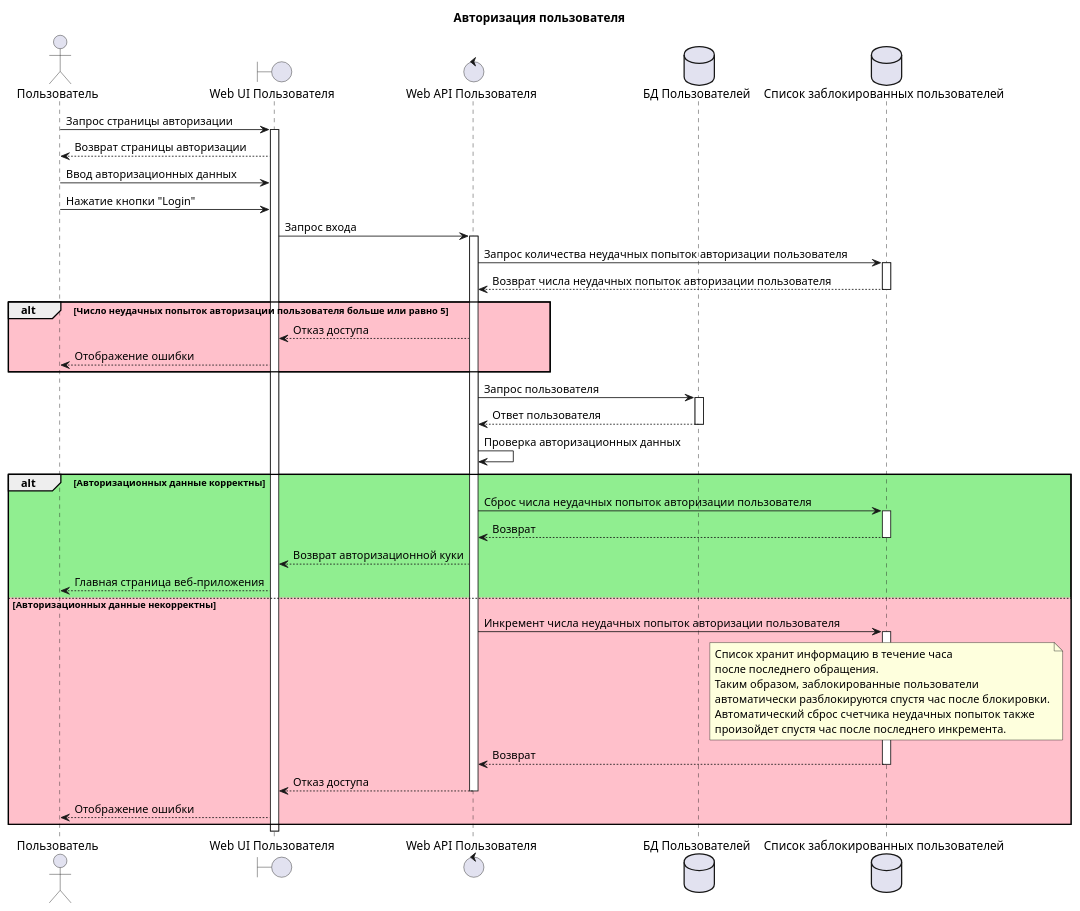
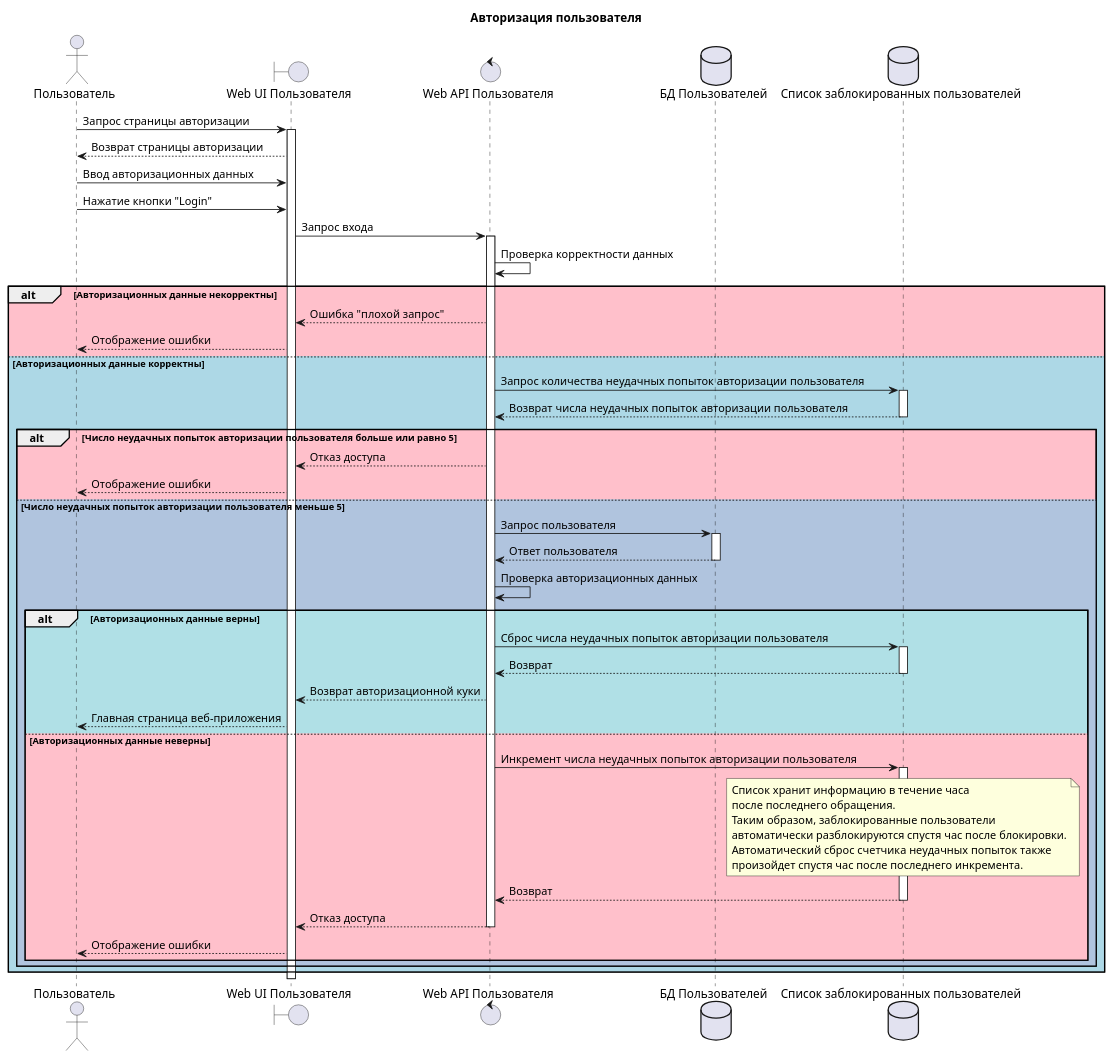
One commit to mrypdm/JobSystem changed the second of 5 diagrams in docs/diagrams/sequence/User.WebApp.puml. Above: the diagram before and after it, drawn with PlantUML. The commit also changed other lines of this file and 2 other files, not shown here.

```diff
--- a/docs/diagrams/sequence/User.WebApp.puml
+++ b/docs/diagrams/sequence/User.WebApp.puml
@@ -24,52 +35,66 @@
 @startuml User sign in
 
 title Авторизация пользователя
 
 actor Пользователь as USER
 boundary "Web UI Пользователя" as UI
 control "Web API Пользователя" as API
 database "БД Пользователей" as DB
 database "Список заблокированных пользователей" as BLOCKED
 
 USER -> UI++: Запрос страницы авторизации
 UI --> USER: Возврат страницы авторизации
 USER -> UI: Ввод авторизационных данных
 USER -> UI: Нажатие кнопки "Login"
 UI -> API++: Запрос входа
-API -> BLOCKED++: Запрос количества неудачных попыток авторизации пользователя
-BLOCKED --> API--: Возврат числа неудачных попыток авторизации пользователя
+API -> API: Проверка корректности данных
 
-alt #Pink Число неудачных попыток авторизации пользователя больше или равно 5
-    API --> UI: Отказ доступа
+alt #Pink Авторизационных данные некорректны
+
+    API --> UI: Ошибка "плохой запрос"
     UI --> USER: Отображение ошибки
-end
 
-API -> DB++: Запрос пользователя
-DB --> API--: Ответ пользователя
-API -> API: Проверка авторизационных данных
+else #LightBlue Авторизационных данные корректны
 
-alt #LightGreen Авторизационных данные корректны
+    API -> BLOCKED++: Запрос количества неудачных попыток авторизации пользователя
+    BLOCKED --> API--: Возврат числа неудачных попыток авторизации пользователя
 
-    API -> BLOCKED++: Сброс числа неудачных попыток авторизации пользователя
-    BLOCKED --> API--: Возврат
-    API --> UI: Возврат авторизационной куки
-    UI --> USER: Главная страница веб-приложения
+    alt #Pink Число неудачных попыток авторизации пользователя больше или равно 5
+        API --> UI: Отказ доступа
+        UI --> USER: Отображение ошибки
 
-else #Pink Авторизационных данные некорректны
+    else #LightSteelBlue Число неудачных попыток авторизации пользователя меньше 5
 
-    API -> BLOCKED++: Инкремент числа неудачных попыток авторизации пользователя
-    note over BLOCKED
-        Список хранит информацию в течение часа
-        после последнего обращения.
-        Таким образом, заблокированные пользователи
-        автоматически разблокируются спустя час после блокировки.
-        Автоматический сброс счетчика неудачных попыток также
-        произойдет спустя час после последнего инкремента.
-    end note
-    BLOCKED --> API--: Возврат
-    API --> UI--: Отказ доступа
-    UI --> USER: Отображение ошибки
+        API -> DB++: Запрос пользователя
+        DB --> API--: Ответ пользователя
+        API -> API: Проверка авторизационных данных
+
+        alt #PowderBlue Авторизационных данные верны
+
+            API -> BLOCKED++: Сброс числа неудачных попыток авторизации пользователя
+            BLOCKED --> API--: Возврат
+            API --> UI: Возврат авторизационной куки
+            UI --> USER: Главная страница веб-приложения
+
+        else #Pink Авторизационных данные неверны
+
+            API -> BLOCKED++: Инкремент числа неудачных попыток авторизации пользователя
+            note over BLOCKED
+                Список хранит информацию в течение часа
+                после последнего обращения.
+                Таким образом, заблокированные пользователи
+                автоматически разблокируются спустя час после блокировки.
+                Автоматический сброс счетчика неудачных попыток также
+                произойдет спустя час после последнего инкремента.
+            end note
+            BLOCKED --> API--: Возврат
+            API --> UI--: Отказ доступа
+            UI --> USER: Отображение ошибки
+
+        end
+
+    end
 
 end
 
 @enduml
```
